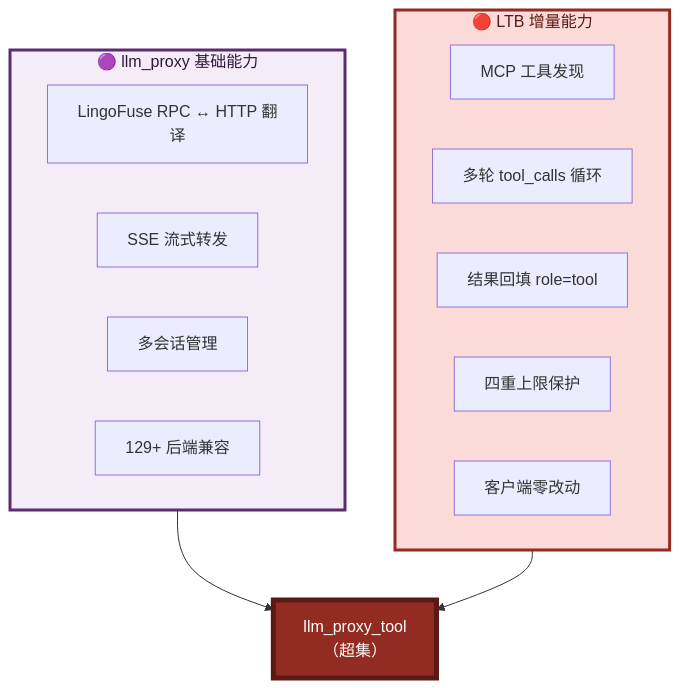
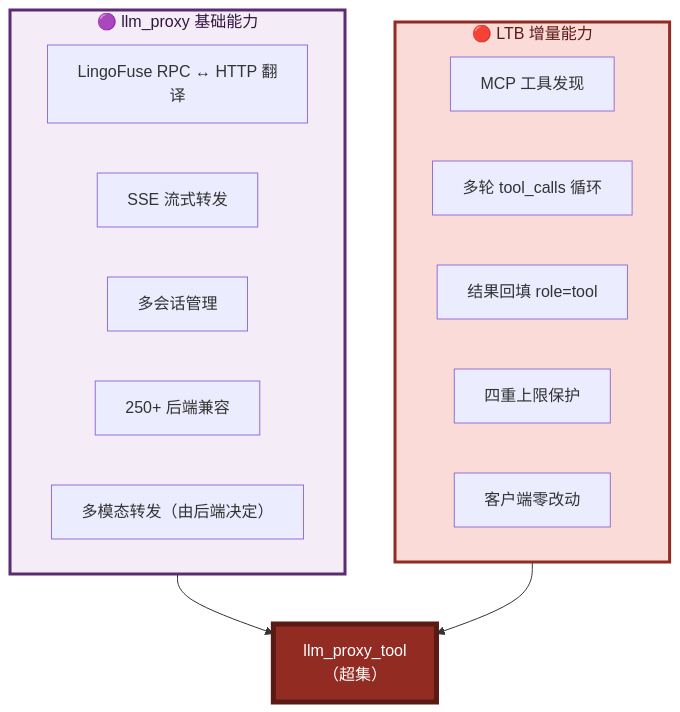
The second of 6 diagrams in src/LingoFuse_LLM_Proxy_Tool_CLI_Guide.md (PassByYou888/LingoFuse-pasAgent-v3), drawn with Mermaid before and after one commit. The commit also changed other lines of this file, not shown here.

````diff
--- a/src/LingoFuse_LLM_Proxy_Tool_CLI_Guide.md
+++ b/src/LingoFuse_LLM_Proxy_Tool_CLI_Guide.md
@@ -54,24 +54,25 @@
 ```mermaid
 flowchart TB
     subgraph BASE["🟣 llm_proxy 基础能力"]
         B1["LingoFuse RPC ↔ HTTP 翻译"]
         B2["SSE 流式转发"]
         B3["多会话管理"]
-        B4["129+ 后端兼容"]
+        B4["250+ 后端兼容"]
+        B5["多模态转发（由后端决定）"]
     end
 
     subgraph DELTA["🔴 LTB 增量能力"]
         D1["MCP 工具发现"]
         D2["多轮 tool_calls 循环"]
         D3["结果回填 role=tool"]
         D4["四重上限保护"]
         D5["客户端零改动"]
     end
 
     BASE --> FULL["llm_proxy_tool<br/>（超集）"]
     DELTA --> FULL
 
     style BASE fill:#F4ECF7,stroke:#5B2C6F,stroke-width:3px,color:#321640
     style DELTA fill:#FADBD8,stroke:#922B21,stroke-width:3px,color:#5A1A14
     style FULL fill:#922B21,stroke:#5A1A14,stroke-width:5px,color:#FFFFFF
 ```
````
